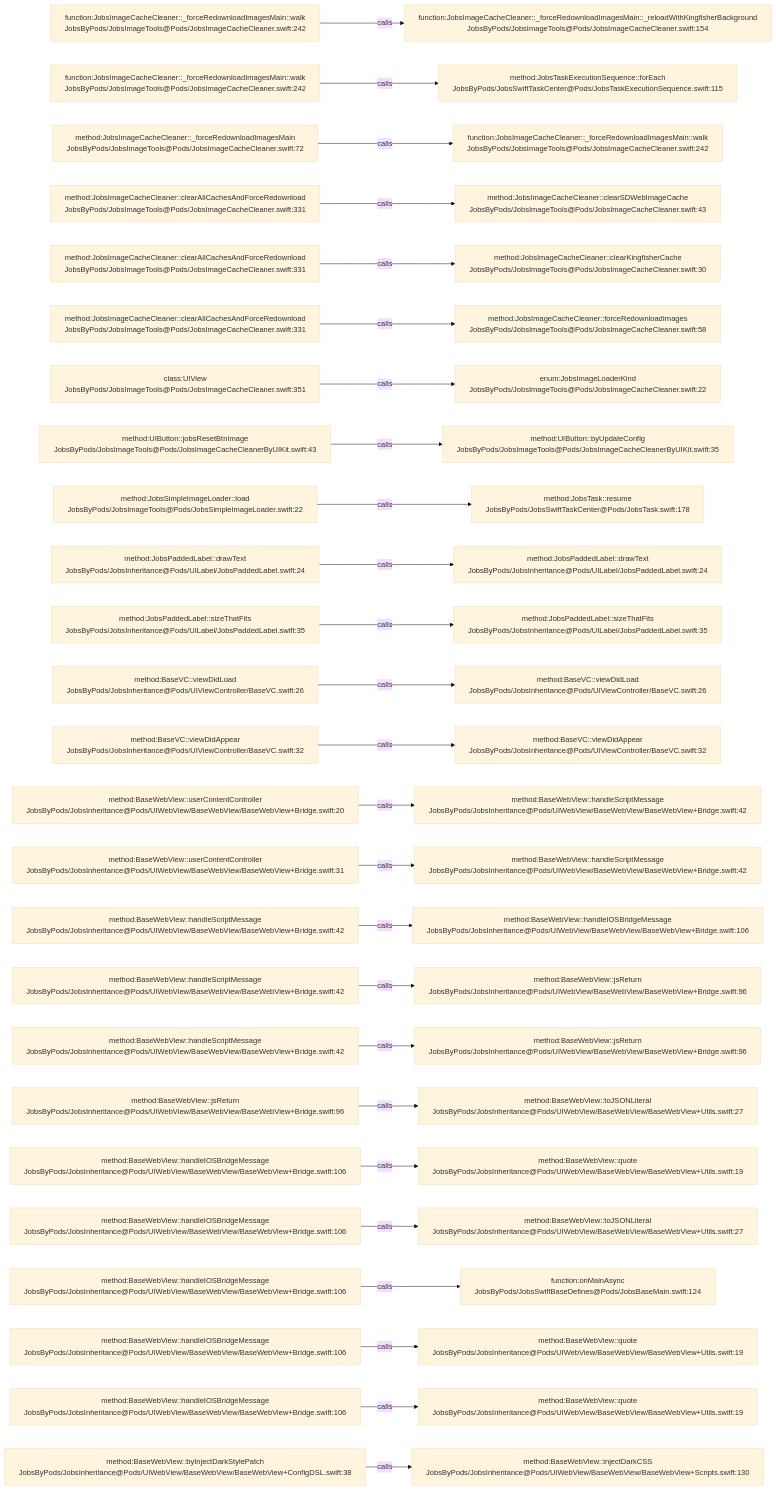
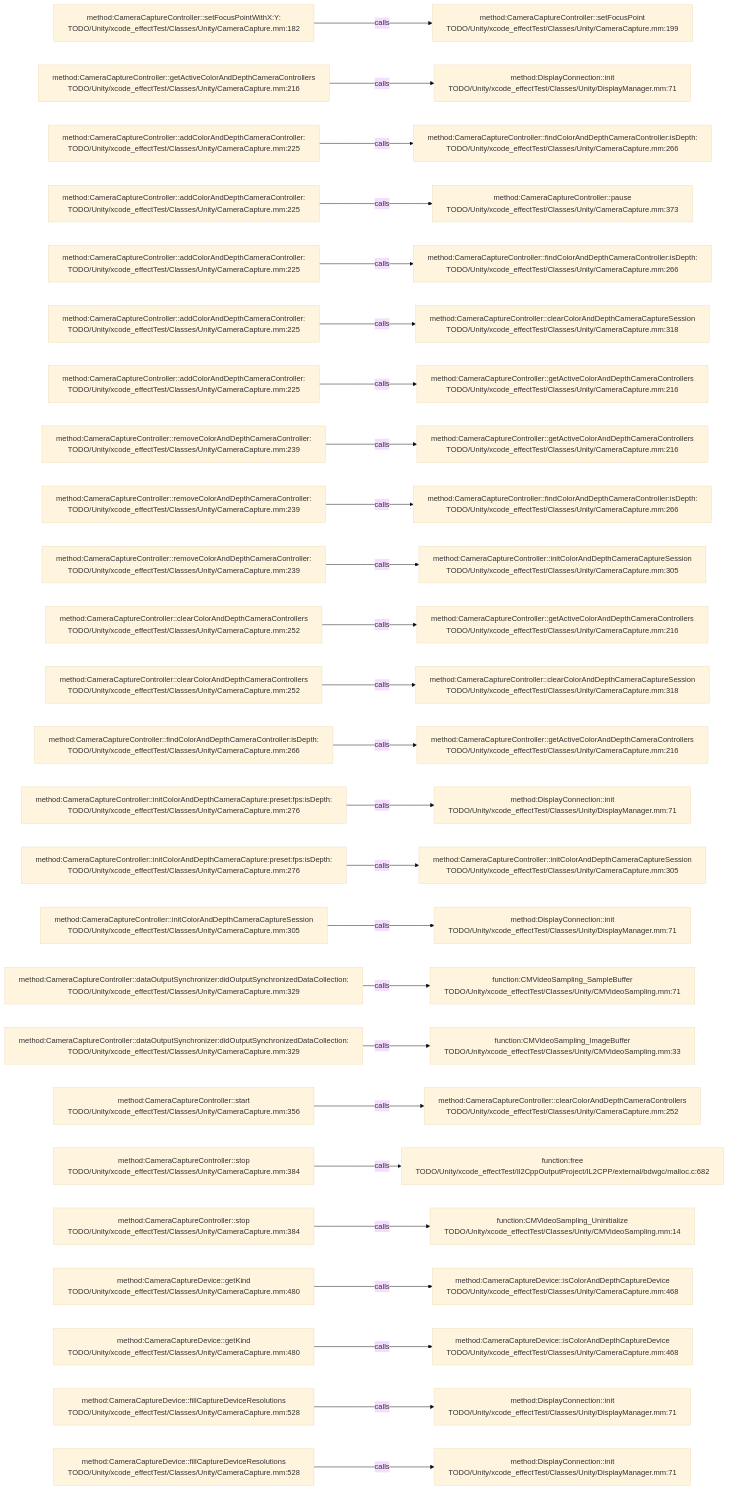
The diagram in .codegraph/codegraph.md/graphs/calls-034.md (JobsKits/JobsSwiftBaseConfigDemo), drawn with Mermaid (base theme) before and after one commit. The commit also changed 227 other files, not shown here.

````diff
--- a/.codegraph/codegraph.md/graphs/calls-034.md
+++ b/.codegraph/codegraph.md/graphs/calls-034.md
@@ -13,78 +13,78 @@
 ```mermaid
 flowchart LR
-  S1["function:JobsImageCacheCleaner::_forceRedownloadImagesMain::walk<br/>JobsByPods/JobsImageTools@Pods/JobsImageCacheCleaner.swift:242"]
-  T1["function:JobsImageCacheCleaner::_forceRedownloadImagesMain::_reloadWithKingfisherBackground<br/>JobsByPods/JobsImageTools@Pods/JobsImageCacheCleaner.swift:154"]
+  S1["method:CameraCaptureController::setFocusPointWithX:Y:<br/>TODO/Unity/xcode_effectTest/Classes/Unity/CameraCapture.mm:182"]
+  T1["method:CameraCaptureController::setFocusPoint<br/>TODO/Unity/xcode_effectTest/Classes/Unity/CameraCapture.mm:199"]
   S1 -->|calls| T1
-  S2["function:JobsImageCacheCleaner::_forceRedownloadImagesMain::walk<br/>JobsByPods/JobsImageTools@Pods/JobsImageCacheCleaner.swift:242"]
-  T2["method:JobsTaskExecutionSequence::forEach<br/>JobsByPods/JobsSwiftTaskCenter@Pods/JobsTaskExecutionSequence.swift:115"]
+  S2["method:CameraCaptureController::getActiveColorAndDepthCameraControllers<br/>TODO/Unity/xcode_effectTest/Classes/Unity/CameraCapture.mm:216"]
+  T2["method:DisplayConnection::init<br/>TODO/Unity/xcode_effectTest/Classes/Unity/DisplayManager.mm:71"]
   S2 -->|calls| T2
-  S3["method:JobsImageCacheCleaner::_forceRedownloadImagesMain<br/>JobsByPods/JobsImageTools@Pods/JobsImageCacheCleaner.swift:72"]
-  T3["function:JobsImageCacheCleaner::_forceRedownloadImagesMain::walk<br/>JobsByPods/JobsImageTools@Pods/JobsImageCacheCleaner.swift:242"]
+  S3["method:CameraCaptureController::addColorAndDepthCameraController:<br/>TODO/Unity/xcode_effectTest/Classes/Unity/CameraCapture.mm:225"]
+  T3["method:CameraCaptureController::findColorAndDepthCameraController:isDepth:<br/>TODO/Unity/xcode_effectTest/Classes/Unity/CameraCapture.mm:266"]
   S3 -->|calls| T3
-  S4["method:JobsImageCacheCleaner::clearAllCachesAndForceRedownload<br/>JobsByPods/JobsImageTools@Pods/JobsImageCacheCleaner.swift:331"]
-  T4["method:JobsImageCacheCleaner::clearSDWebImageCache<br/>JobsByPods/JobsImageTools@Pods/JobsImageCacheCleaner.swift:43"]
+  S4["method:CameraCaptureController::addColorAndDepthCameraController:<br/>TODO/Unity/xcode_effectTest/Classes/Unity/CameraCapture.mm:225"]
+  T4["method:CameraCaptureController::pause<br/>TODO/Unity/xcode_effectTest/Classes/Unity/CameraCapture.mm:373"]
   S4 -->|calls| T4
-  S5["method:JobsImageCacheCleaner::clearAllCachesAndForceRedownload<br/>JobsByPods/JobsImageTools@Pods/JobsImageCacheCleaner.swift:331"]
-  T5["method:JobsImageCacheCleaner::clearKingfisherCache<br/>JobsByPods/JobsImageTools@Pods/JobsImageCacheCleaner.swift:30"]
+  S5["method:CameraCaptureController::addColorAndDepthCameraController:<br/>TODO/Unity/xcode_effectTest/Classes/Unity/CameraCapture.mm:225"]
+  T5["method:CameraCaptureController::findColorAndDepthCameraController:isDepth:<br/>TODO/Unity/xcode_effectTest/Classes/Unity/CameraCapture.mm:266"]
   S5 -->|calls| T5
-  S6["method:JobsImageCacheCleaner::clearAllCachesAndForceRedownload<br/>JobsByPods/JobsImageTools@Pods/JobsImageCacheCleaner.swift:331"]
-  T6["method:JobsImageCacheCleaner::forceRedownloadImages<br/>JobsByPods/JobsImageTools@Pods/JobsImageCacheCleaner.swift:58"]
+  S6["method:CameraCaptureController::addColorAndDepthCameraController:<br/>TODO/Unity/xcode_effectTest/Classes/Unity/CameraCapture.mm:225"]
+  T6["method:CameraCaptureController::clearColorAndDepthCameraCaptureSession<br/>TODO/Unity/xcode_effectTest/Classes/Unity/CameraCapture.mm:318"]
   S6 -->|calls| T6
-  S7["class:UIView<br/>JobsByPods/JobsImageTools@Pods/JobsImageCacheCleaner.swift:351"]
-  T7["enum:JobsImageLoaderKind<br/>JobsByPods/JobsImageTools@Pods/JobsImageCacheCleaner.swift:22"]
+  S7["method:CameraCaptureController::addColorAndDepthCameraController:<br/>TODO/Unity/xcode_effectTest/Classes/Unity/CameraCapture.mm:225"]
+  T7["method:CameraCaptureController::getActiveColorAndDepthCameraControllers<br/>TODO/Unity/xcode_effectTest/Classes/Unity/CameraCapture.mm:216"]
   S7 -->|calls| T7
-  S8["method:UIButton::jobsResetBtnImage<br/>JobsByPods/JobsImageTools@Pods/JobsImageCacheCleanerByUIKit.swift:43"]
-  T8["method:UIButton::byUpdateConfig<br/>JobsByPods/JobsImageTools@Pods/JobsImageCacheCleanerByUIKit.swift:35"]
+  S8["method:CameraCaptureController::removeColorAndDepthCameraController:<br/>TODO/Unity/xcode_effectTest/Classes/Unity/CameraCapture.mm:239"]
+  T8["method:CameraCaptureController::getActiveColorAndDepthCameraControllers<br/>TODO/Unity/xcode_effectTest/Classes/Unity/CameraCapture.mm:216"]
   S8 -->|calls| T8
-  S9["method:JobsSimpleImageLoader::load<br/>JobsByPods/JobsImageTools@Pods/JobsSimpleImageLoader.swift:22"]
-  T9["method:JobsTask::resume<br/>JobsByPods/JobsSwiftTaskCenter@Pods/JobsTask.swift:178"]
+  S9["method:CameraCaptureController::removeColorAndDepthCameraController:<br/>TODO/Unity/xcode_effectTest/Classes/Unity/CameraCapture.mm:239"]
+  T9["method:CameraCaptureController::findColorAndDepthCameraController:isDepth:<br/>TODO/Unity/xcode_effectTest/Classes/Unity/CameraCapture.mm:266"]
   S9 -->|calls| T9
-  S10["method:JobsPaddedLabel::drawText<br/>JobsByPods/JobsInheritance@Pods/UILabel/JobsPaddedLabel.swift:24"]
-  T10["method:JobsPaddedLabel::drawText<br/>JobsByPods/JobsInheritance@Pods/UILabel/JobsPaddedLabel.swift:24"]
+  S10["method:CameraCaptureController::removeColorAndDepthCameraController:<br/>TODO/Unity/xcode_effectTest/Classes/Unity/CameraCapture.mm:239"]
+  T10["method:CameraCaptureController::initColorAndDepthCameraCaptureSession<br/>TODO/Unity/xcode_effectTest/Classes/Unity/CameraCapture.mm:305"]
   S10 -->|calls| T10
-  S11["method:JobsPaddedLabel::sizeThatFits<br/>JobsByPods/JobsInheritance@Pods/UILabel/JobsPaddedLabel.swift:35"]
-  T11["method:JobsPaddedLabel::sizeThatFits<br/>JobsByPods/JobsInheritance@Pods/UILabel/JobsPaddedLabel.swift:35"]
+  S11["method:CameraCaptureController::clearColorAndDepthCameraControllers<br/>TODO/Unity/xcode_effectTest/Classes/Unity/CameraCapture.mm:252"]
+  T11["method:CameraCaptureController::getActiveColorAndDepthCameraControllers<br/>TODO/Unity/xcode_effectTest/Classes/Unity/CameraCapture.mm:216"]
   S11 -->|calls| T11
-  S12["method:BaseVC::viewDidLoad<br/>JobsByPods/JobsInheritance@Pods/UIViewController/BaseVC.swift:26"]
-  T12["method:BaseVC::viewDidLoad<br/>JobsByPods/JobsInheritance@Pods/UIViewController/BaseVC.swift:26"]
+  S12["method:CameraCaptureController::clearColorAndDepthCameraControllers<br/>TODO/Unity/xcode_effectTest/Classes/Unity/CameraCapture.mm:252"]
+  T12["method:CameraCaptureController::clearColorAndDepthCameraCaptureSession<br/>TODO/Unity/xcode_effectTest/Classes/Unity/CameraCapture.mm:318"]
   S12 -->|calls| T12
-  S13["method:BaseVC::viewDidAppear<br/>JobsByPods/JobsInheritance@Pods/UIViewController/BaseVC.swift:32"]
-  T13["method:BaseVC::viewDidAppear<br/>JobsByPods/JobsInheritance@Pods/UIViewController/BaseVC.swift:32"]
+  S13["method:CameraCaptureController::findColorAndDepthCameraController:isDepth:<br/>TODO/Unity/xcode_effectTest/Classes/Unity/CameraCapture.mm:266"]
+  T13["method:CameraCaptureController::getActiveColorAndDepthCameraControllers<br/>TODO/Unity/xcode_effectTest/Classes/Unity/CameraCapture.mm:216"]
   S13 -->|calls| T13
-  S14["method:BaseWebView::userContentController<br/>JobsByPods/JobsInheritance@Pods/UIWebView/BaseWebView/BaseWebView+Bridge.swift:20"]
-  T14["method:BaseWebView::handleScriptMessage<br/>JobsByPods/JobsInheritance@Pods/UIWebView/BaseWebView/BaseWebView+Bridge.swift:42"]
+  S14["method:CameraCaptureController::initColorAndDepthCameraCapture:preset:fps:isDepth:<br/>TODO/Unity/xcode_effectTest/Classes/Unity/CameraCapture.mm:276"]
+  T14["method:DisplayConnection::init<br/>TODO/Unity/xcode_effectTest/Classes/Unity/DisplayManager.mm:71"]
   S14 -->|calls| T14
-  S15["method:BaseWebView::userContentController<br/>JobsByPods/JobsInheritance@Pods/UIWebView/BaseWebView/BaseWebView+Bridge.swift:31"]
-  T15["method:BaseWebView::handleScriptMessage<br/>JobsByPods/JobsInheritance@Pods/UIWebView/BaseWebView/BaseWebView+Bridge.swift:42"]
+  S15["method:CameraCaptureController::initColorAndDepthCameraCapture:preset:fps:isDepth:<br/>TODO/Unity/xcode_effectTest/Classes/Unity/CameraCapture.mm:276"]
+  T15["method:CameraCaptureController::initColorAndDepthCameraCaptureSession<br/>TODO/Unity/xcode_effectTest/Classes/Unity/CameraCapture.mm:305"]
   S15 -->|calls| T15
-  S16["method:BaseWebView::handleScriptMessage<br/>JobsByPods/JobsInheritance@Pods/UIWebView/BaseWebView/BaseWebView+Bridge.swift:42"]
-  T16["method:BaseWebView::handleIOSBridgeMessage<br/>JobsByPods/JobsInheritance@Pods/UIWebView/BaseWebView/BaseWebView+Bridge.swift:106"]
+  S16["method:CameraCaptureController::initColorAndDepthCameraCaptureSession<br/>TODO/Unity/xcode_effectTest/Classes/Unity/CameraCapture.mm:305"]
+  T16["method:DisplayConnection::init<br/>TODO/Unity/xcode_effectTest/Classes/Unity/DisplayManager.mm:71"]
   S16 -->|calls| T16
-  S17["method:BaseWebView::handleScriptMessage<br/>JobsByPods/JobsInheritance@Pods/UIWebView/BaseWebView/BaseWebView+Bridge.swift:42"]
-  T17["method:BaseWebView::jsReturn<br/>JobsByPods/JobsInheritance@Pods/UIWebView/BaseWebView/BaseWebView+Bridge.swift:96"]
+  S17["method:CameraCaptureController::dataOutputSynchronizer:didOutputSynchronizedDataCollection:<br/>TODO/Unity/xcode_effectTest/Classes/Unity/CameraCapture.mm:329"]
+  T17["function:CMVideoSampling_SampleBuffer<br/>TODO/Unity/xcode_effectTest/Classes/Unity/CMVideoSampling.mm:71"]
   S17 -->|calls| T17
-  S18["method:BaseWebView::handleScriptMessage<br/>JobsByPods/JobsInheritance@Pods/UIWebView/BaseWebView/BaseWebView+Bridge.swift:42"]
-  T18["method:BaseWebView::jsReturn<br/>JobsByPods/JobsInheritance@Pods/UIWebView/BaseWebView/BaseWebView+Bridge.swift:96"]
+  S18["method:CameraCaptureController::dataOutputSynchronizer:didOutputSynchronizedDataCollection:<br/>TODO/Unity/xcode_effectTest/Classes/Unity/CameraCapture.mm:329"]
+  T18["function:CMVideoSampling_ImageBuffer<br/>TODO/Unity/xcode_effectTest/Classes/Unity/CMVideoSampling.mm:33"]
   S18 -->|calls| T18
-  S19["method:BaseWebView::jsReturn<br/>JobsByPods/JobsInheritance@Pods/UIWebView/BaseWebView/BaseWebView+Bridge.swift:96"]
-  T19["method:BaseWebView::toJSONLiteral<br/>JobsByPods/JobsInheritance@Pods/UIWebView/BaseWebView/BaseWebView+Utils.swift:27"]
+  S19["method:CameraCaptureController::start<br/>TODO/Unity/xcode_effectTest/Classes/Unity/CameraCapture.mm:356"]
+  T19["method:CameraCaptureController::clearColorAndDepthCameraControllers<br/>TODO/Unity/xcode_effectTest/Classes/Unity/CameraCapture.mm:252"]
   S19 -->|calls| T19
-  S20["method:BaseWebView::handleIOSBridgeMessage<br/>JobsByPods/JobsInheritance@Pods/UIWebView/BaseWebView/BaseWebView+Bridge.swift:106"]
-  T20["method:BaseWebView::quote<br/>JobsByPods/JobsInheritance@Pods/UIWebView/BaseWebView/BaseWebView+Utils.swift:19"]
+  S20["method:CameraCaptureController::stop<br/>TODO/Unity/xcode_effectTest/Classes/Unity/CameraCapture.mm:384"]
+  T20["function:free<br/>TODO/Unity/xcode_effectTest/Il2CppOutputProject/IL2CPP/external/bdwgc/malloc.c:682"]
   S20 -->|calls| T20
-  S21["method:BaseWebView::handleIOSBridgeMessage<br/>JobsByPods/JobsInheritance@Pods/UIWebView/BaseWebView/BaseWebView+Bridge.swift:106"]
-  T21["method:BaseWebView::toJSONLiteral<br/>JobsByPods/JobsInheritance@Pods/UIWebView/BaseWebView/BaseWebView+Utils.swift:27"]
+  S21["method:CameraCaptureController::stop<br/>TODO/Unity/xcode_effectTest/Classes/Unity/CameraCapture.mm:384"]
+  T21["function:CMVideoSampling_Uninitialize<br/>TODO/Unity/xcode_effectTest/Classes/Unity/CMVideoSampling.mm:14"]
   S21 -->|calls| T21
-  S22["method:BaseWebView::handleIOSBridgeMessage<br/>JobsByPods/JobsInheritance@Pods/UIWebView/BaseWebView/BaseWebView+Bridge.swift:106"]
-  T22["function:onMainAsync<br/>JobsByPods/JobsSwiftBaseDefines@Pods/JobsBaseMain.swift:124"]
+  S22["method:CameraCaptureDevice::getKind<br/>TODO/Unity/xcode_effectTest/Classes/Unity/CameraCapture.mm:480"]
+  T22["method:CameraCaptureDevice::isColorAndDepthCaptureDevice<br/>TODO/Unity/xcode_effectTest/Classes/Unity/CameraCapture.mm:468"]
   S22 -->|calls| T22
-  S23["method:BaseWebView::handleIOSBridgeMessage<br/>JobsByPods/JobsInheritance@Pods/UIWebView/BaseWebView/BaseWebView+Bridge.swift:106"]
-  T23["method:BaseWebView::quote<br/>JobsByPods/JobsInheritance@Pods/UIWebView/BaseWebView/BaseWebView+Utils.swift:19"]
+  S23["method:CameraCaptureDevice::getKind<br/>TODO/Unity/xcode_effectTest/Classes/Unity/CameraCapture.mm:480"]
+  T23["method:CameraCaptureDevice::isColorAndDepthCaptureDevice<br/>TODO/Unity/xcode_effectTest/Classes/Unity/CameraCapture.mm:468"]
   S23 -->|calls| T23
-  S24["method:BaseWebView::handleIOSBridgeMessage<br/>JobsByPods/JobsInheritance@Pods/UIWebView/BaseWebView/BaseWebView+Bridge.swift:106"]
-  T24["method:BaseWebView::quote<br/>JobsByPods/JobsInheritance@Pods/UIWebView/BaseWebView/BaseWebView+Utils.swift:19"]
+  S24["method:CameraCaptureDevice::fillCaptureDeviceResolutions<br/>TODO/Unity/xcode_effectTest/Classes/Unity/CameraCapture.mm:528"]
+  T24["method:DisplayConnection::init<br/>TODO/Unity/xcode_effectTest/Classes/Unity/DisplayManager.mm:71"]
   S24 -->|calls| T24
-  S25["method:BaseWebView::byInjectDarkStylePatch<br/>JobsByPods/JobsInheritance@Pods/UIWebView/BaseWebView/BaseWebView+ConfigDSL.swift:38"]
-  T25["method:BaseWebView::injectDarkCSS<br/>JobsByPods/JobsInheritance@Pods/UIWebView/BaseWebView/BaseWebView+Scripts.swift:130"]
+  S25["method:CameraCaptureDevice::fillCaptureDeviceResolutions<br/>TODO/Unity/xcode_effectTest/Classes/Unity/CameraCapture.mm:528"]
+  T25["method:DisplayConnection::init<br/>TODO/Unity/xcode_effectTest/Classes/Unity/DisplayManager.mm:71"]
   S25 -->|calls| T25
 ```
````
